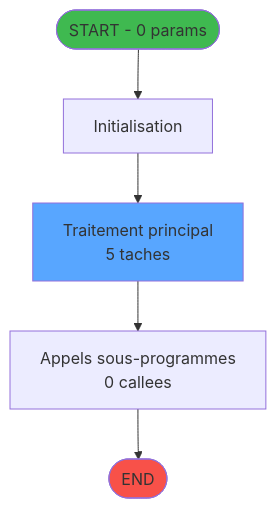
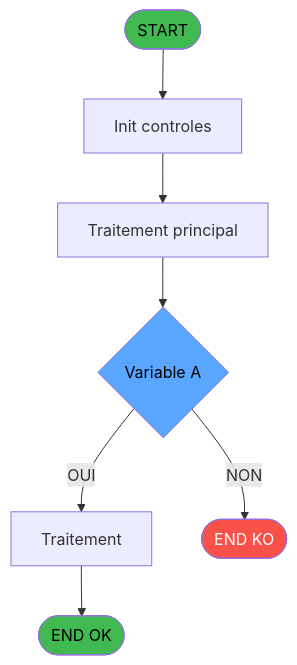
Before and after one commit to thonyAGP/magic-migration: the first of 3 diagrams in .openspec/specs/ADH-IDE-48.md, drawn with Mermaid. The commit also changed other lines of this file and 493 other files, not shown here.

````diff
--- a/.openspec/specs/ADH-IDE-48.md
+++ b/.openspec/specs/ADH-IDE-48.md
@@ -92,14 +125,20 @@
 ```mermaid
 flowchart TD
-    START([START - 0 params])
-    INIT["Initialisation"]
-    PROCESS["Traitement principal<br/>5 taches"]
-    CALLS["Appels sous-programmes<br/>0 callees"]
-    ENDOK([END])
+    START([START])
+    INIT[Init controles]
+    SAISIE[Traitement principal]
+    DECISION{Variable A}
+    PROCESS[Traitement]
+    ENDOK([END OK])
+    ENDKO([END KO])
 
-    START --> INIT --> PROCESS --> CALLS --> ENDOK
+    START --> INIT --> SAISIE --> DECISION
+    DECISION -->|OUI| PROCESS
+    DECISION -->|NON| ENDKO
+    PROCESS --> ENDOK
 
-    style START fill:#3fb950
-    style ENDOK fill:#f85149
-    style PROCESS fill:#58a6ff
+    style START fill:#3fb950,color:#000
+    style ENDOK fill:#3fb950,color:#000
+    style ENDKO fill:#f85149,color:#fff
+    style DECISION fill:#58a6ff,color:#000
 ```
````
